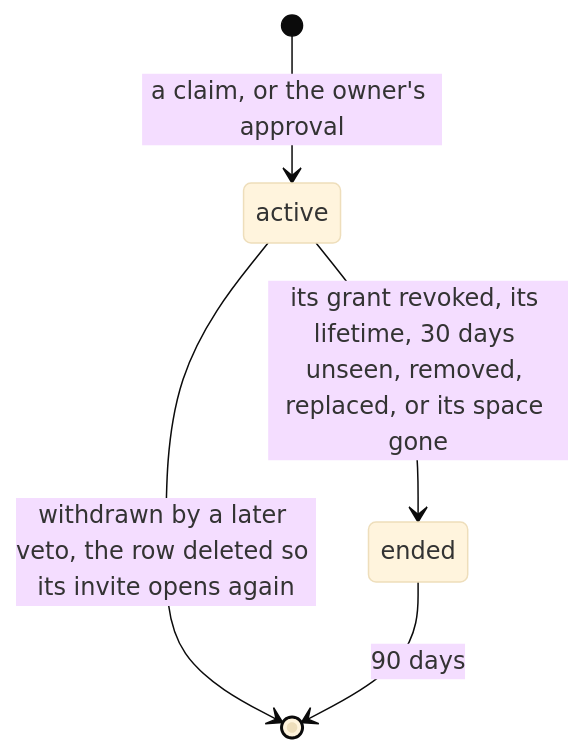
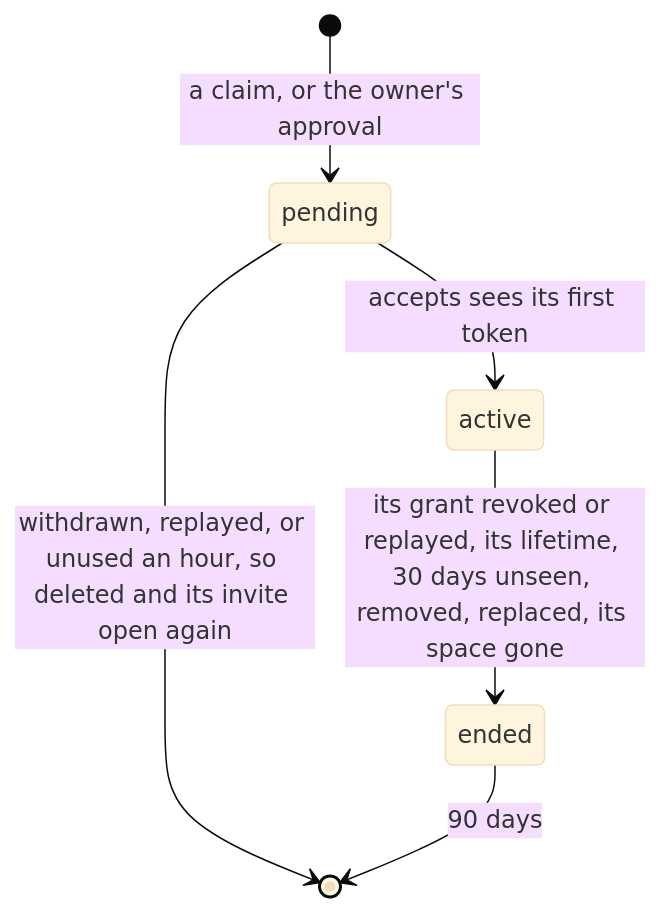
The fifth of 5 diagrams in src/sharing/README.md (escalay/api-kit), drawn with Mermaid (base theme) before and after one commit. The commit also changed other lines of this file and 9 other files, not shown here.

````diff
--- a/src/sharing/README.md
+++ b/src/sharing/README.md
@@ -186,7 +184,8 @@
 ```mermaid
 stateDiagram-v2
-  [*] --> active: a claim, or the owner's approval
-  active --> ended: its grant revoked, its lifetime, 30 days unseen, removed, replaced, or its space gone
-  active --> [*]: withdrawn by a later veto, the row deleted so its invite opens again
+  [*] --> pending: a claim, or the owner's approval
+  pending --> active: accepts sees its first token
+  pending --> [*]: withdrawn, replayed, or unused an hour, so deleted and its invite open again
+  active --> ended: its grant revoked or replayed, its lifetime, 30 days unseen, removed, replaced, its space gone
   ended --> [*]: 90 days
 ```
````
